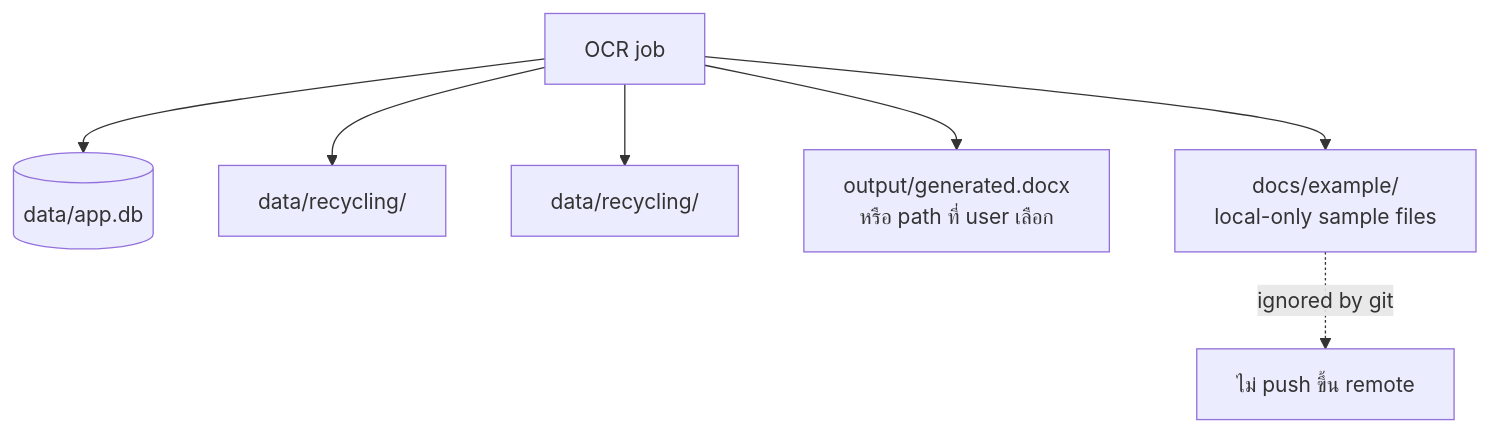
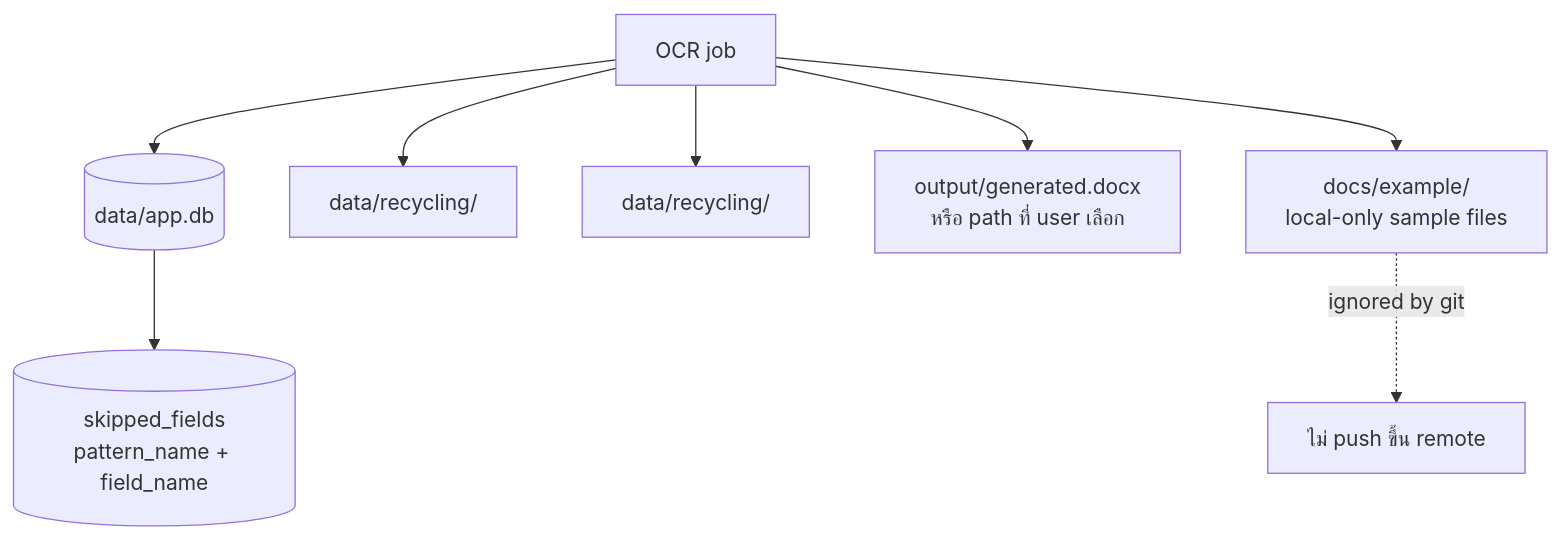
The ninth of 9 diagrams in docs/architecture.md (DoctorKS/Rape_OCR), drawn with Mermaid before and after one commit. The commit also changed other lines of this file and 8 other files, not shown here.

Commit message:
feat: remember skipped OCR fields from review

````diff
--- a/docs/architecture.md
+++ b/docs/architecture.md
@@ -215,9 +220,10 @@
 ```mermaid
 flowchart TD
     A["OCR job"] --> B[("data/app.db")]
+    B --> B1[("skipped_fields\npattern_name + field_name")]
     A --> C["data/recycling/<pattern>/<timestamp_jobid>/metadata.json"]
     A --> D["data/recycling/<pattern>/<timestamp_jobid>/<original_image>"]
     A --> E["output/generated.docx\nหรือ path ที่ user เลือก"]
     A --> F["docs/example/\nlocal-only sample files"]
     F -. "ignored by git" .-> G["ไม่ push ขึ้น remote"]
 ```
````
